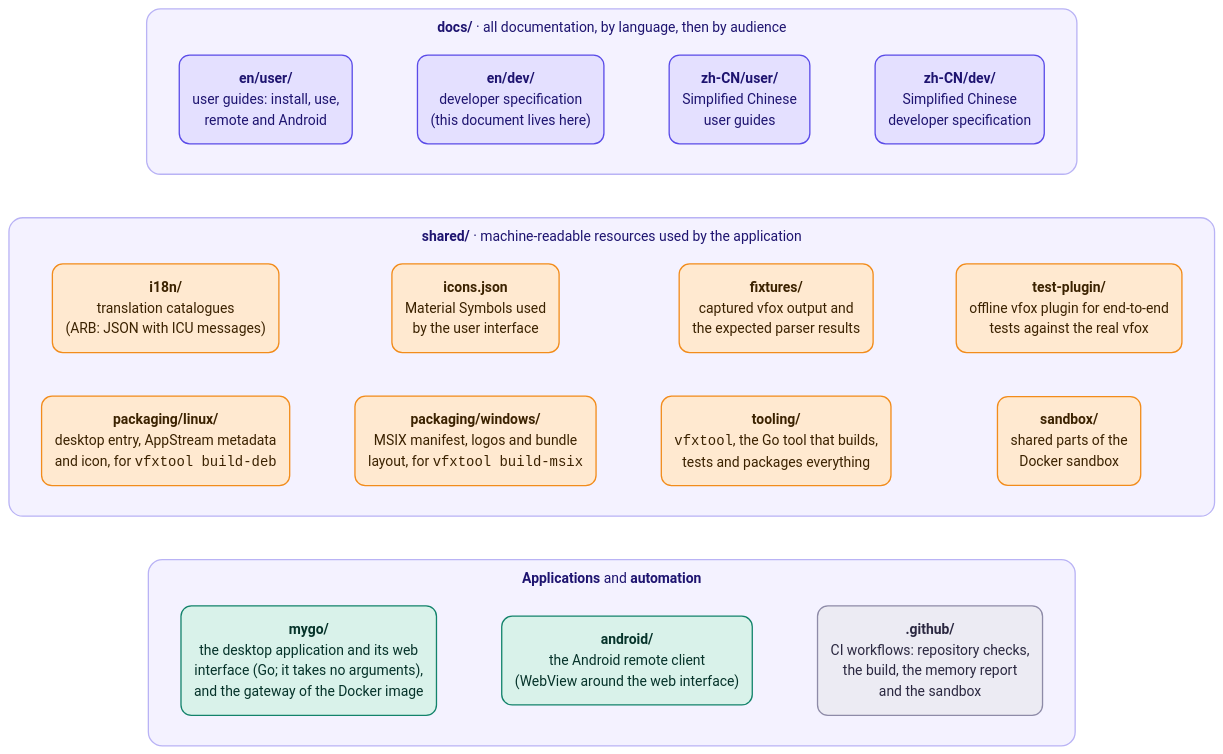
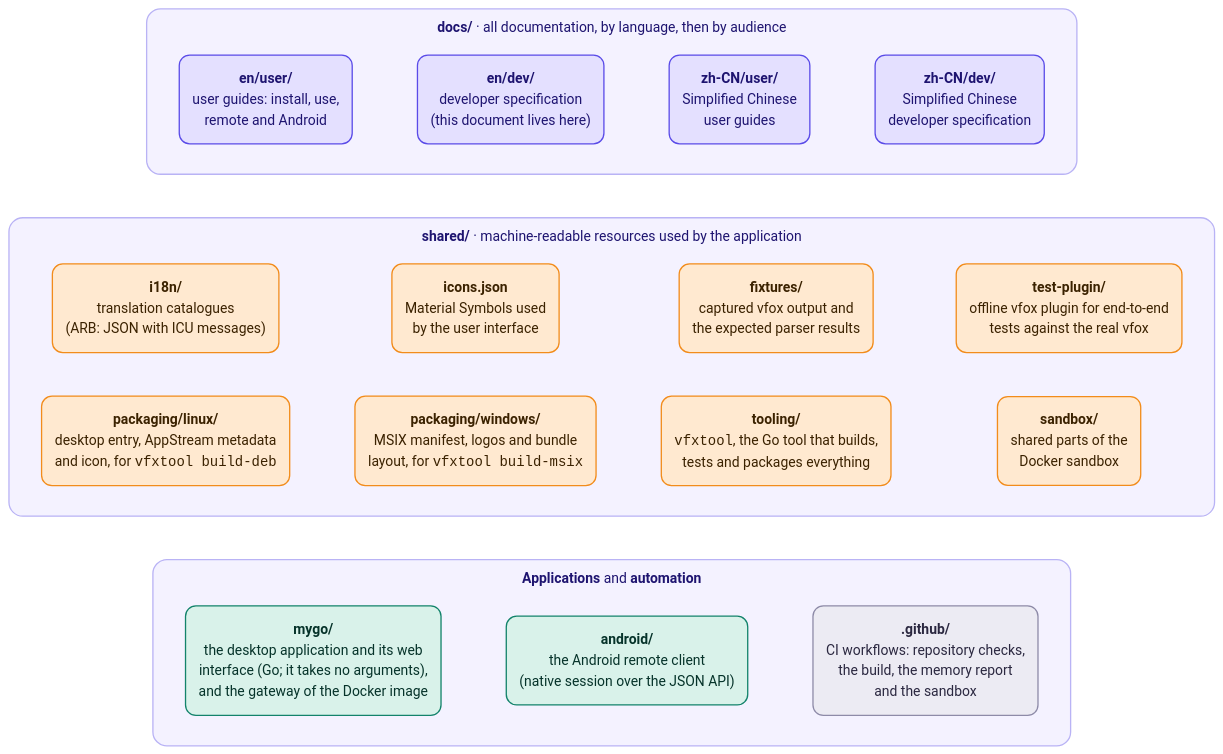
One commit to version-fox/vfox-plus changed the first of 5 diagrams in docs/en/dev/architecture.md. Above: the diagram before and after it, drawn with Mermaid. The commit also changed other lines of this file and 47 other files, not shown here.

First line of the commit message:
Ship the native Android client, drop WebView, tighten UI copy

````diff
--- a/docs/en/dev/architecture.md
+++ b/docs/en/dev/architecture.md
@@ -14,51 +14,51 @@
 ```mermaid
 ---
 config:
   theme: base
   themeVariables:
     fontFamily: "system-ui, -apple-system, 'Segoe UI', 'Noto Sans', 'Noto Sans CJK SC', 'PingFang SC', 'Microsoft YaHei', sans-serif"
     lineColor: "#7C79A8"
     primaryColor: "#FFE9D0"
     primaryBorderColor: "#F28C1B"
     primaryTextColor: "#3B2200"
     clusterBkg: "#F4F2FF"
     clusterBorder: "#B9B3F5"
     titleColor: "#1E1470"
     edgeLabelBackground: "#FFFFFF"
   flowchart:
     curve: basis
     wrappingWidth: 320
     subGraphTitleMargin:
       top: 10
       bottom: 8
 ---
 flowchart TB
     accTitle: Repository layout
     accDescr: docs holds the documentation, shared the resources used by the application, mygo the application and the gateway of the Docker image, android the Android client, and .github the CI workflows.
     subgraph docs["<b>docs/</b> · all documentation, by language, then by audience"]
         direction LR
         d1("<b>en/user/</b><br/>user guides: install, use,<br/>remote and Android") ~~~ d2("<b>en/dev/</b><br/>developer specification<br/>(this document lives here)") ~~~ d3("<b>zh-CN/user/</b><br/>Simplified Chinese<br/>user guides") ~~~ d4("<b>zh-CN/dev/</b><br/>Simplified Chinese<br/>developer specification")
     end
     subgraph shared["<b>shared/</b> · machine-readable resources used by the application"]
         direction LR
         s1("<b>i18n/</b><br/>translation catalogues<br/>(ARB: JSON with ICU messages)") ~~~ s2("<b>icons.json</b><br/>Material Symbols used<br/>by the user interface") ~~~ s3("<b>fixtures/</b><br/>captured vfox output and<br/>the expected parser results") ~~~ s4("<b>test-plugin/</b><br/>offline vfox plugin for end-to-end<br/>tests against the real vfox")
         s5("<b>packaging/linux/</b><br/>desktop entry, AppStream metadata<br/>and icon, for <code>vfxtool build-deb</code>") ~~~ s6("<b>packaging/windows/</b><br/>MSIX manifest, logos and bundle<br/>layout, for <code>vfxtool build-msix</code>") ~~~ s7("<b>tooling/</b><br/><code>vfxtool</code>, the Go tool that builds,<br/>tests and packages everything") ~~~ s8("<b>sandbox/</b><br/>shared parts of the<br/>Docker sandbox")
     end
     subgraph code["<b>Applications</b> and <b>automation</b>"]
         direction LR
-        m("<b>mygo/</b><br/>the desktop application and its web<br/>interface (Go; it takes no arguments),<br/>and the gateway of the Docker image") ~~~ a("<b>android/</b><br/>the Android remote client<br/>(WebView around the web interface)") ~~~ g("<b>.github/</b><br/>CI workflows: repository checks,<br/>the build, the memory report<br/>and the sandbox")
+        m("<b>mygo/</b><br/>the desktop application and its web<br/>interface (Go; it takes no arguments),<br/>and the gateway of the Docker image") ~~~ a("<b>android/</b><br/>the Android remote client<br/>(native session over the JSON API)") ~~~ g("<b>.github/</b><br/>CI workflows: repository checks,<br/>the build, the memory report<br/>and the sandbox")
     end
     docs ~~~ shared ~~~ code
 
     classDef docs fill:#E4E0FF,stroke:#5A4BE8,color:#1E1470,stroke-width:1.5px,rx:12,ry:12
     classDef shared fill:#FFE9D0,stroke:#F28C1B,color:#3B2200,stroke-width:1.5px,rx:12,ry:12
     classDef app fill:#D9F2EA,stroke:#13836B,color:#06332A,stroke-width:1.5px,rx:12,ry:12
     classDef ci fill:#ECEBF3,stroke:#8E8BA8,color:#2B2840,stroke-width:1.5px,rx:12,ry:12
     class d1,d2,d3,d4 docs
     class s1,s2,s3,s4,s5,s6,s7,s8 shared
     class m,a app
     class g ci
     style docs fill:#F4F2FF,stroke:#B9B3F5,stroke-width:1.5px,rx:16,ry:16
     style shared fill:#F4F2FF,stroke:#B9B3F5,stroke-width:1.5px,rx:16,ry:16
     style code fill:#F4F2FF,stroke:#B9B3F5,stroke-width:1.5px,rx:16,ry:16
 ```
````
